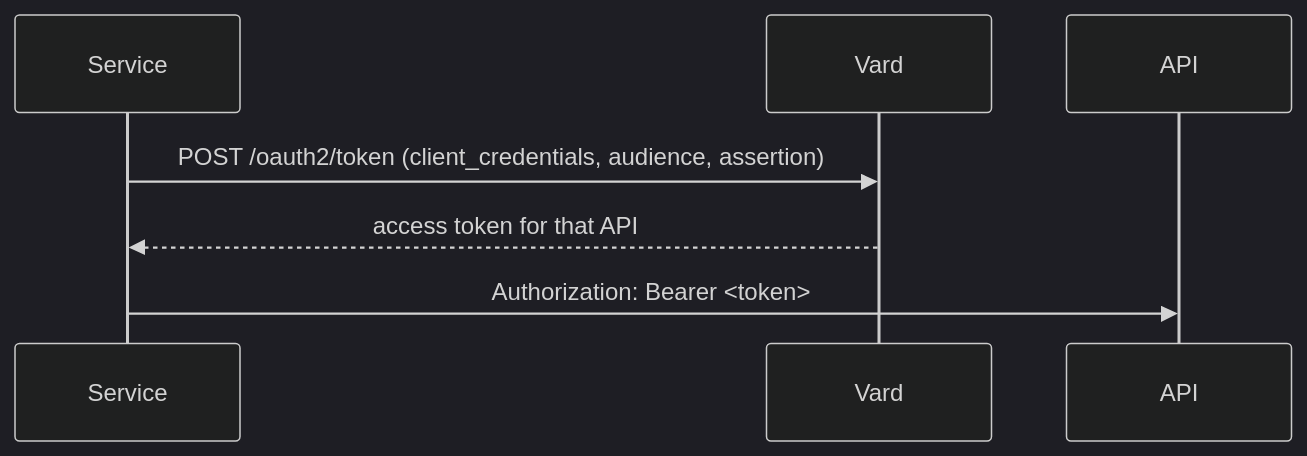
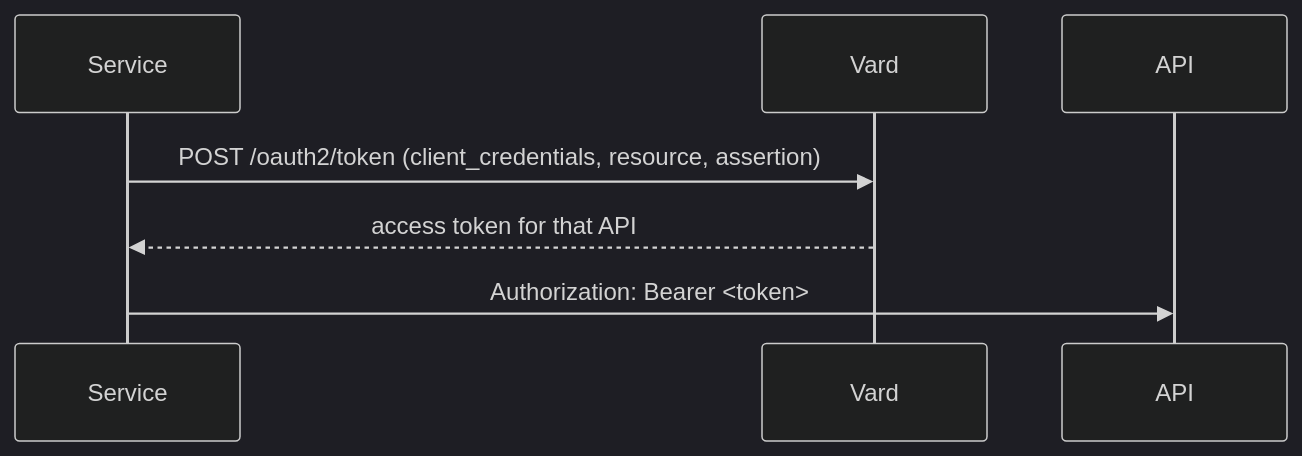
One commit to a1i6ek/vard changed the fifth of 5 diagrams in docs/clients.md. Above: the diagram before and after it, drawn with Mermaid (dark theme). The commit also changed other lines of this file and 21 other files, not shown here.

First line of the commit message:
Name a token's API with resource (RFC 8707), replacing audience

````diff
--- a/docs/clients.md
+++ b/docs/clients.md
@@ -209,9 +212,9 @@
 ```mermaid
 sequenceDiagram
     participant J as Service
     participant V as Vard
     participant A as API
-    J->>V: POST /oauth2/token (client_credentials, audience, assertion)
+    J->>V: POST /oauth2/token (client_credentials, resource, assertion)
     V-->>J: access token for that API
     J->>A: Authorization: Bearer <token>
 ```
````
